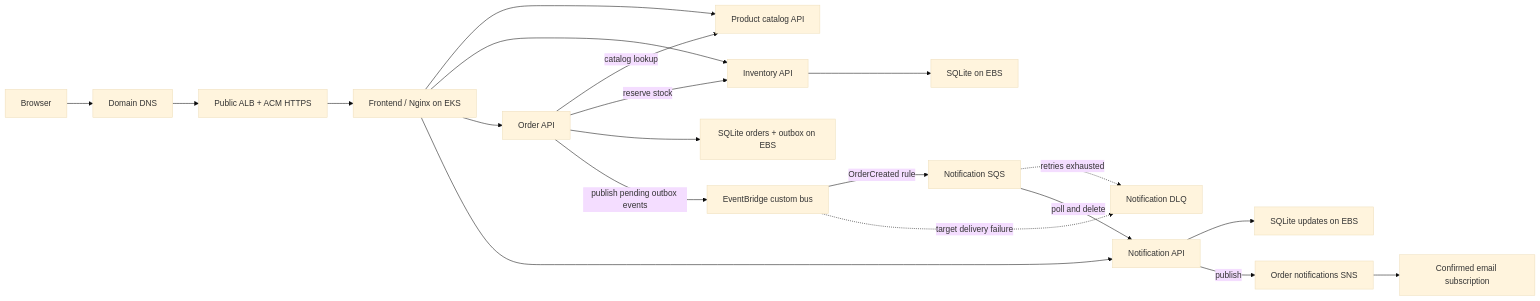
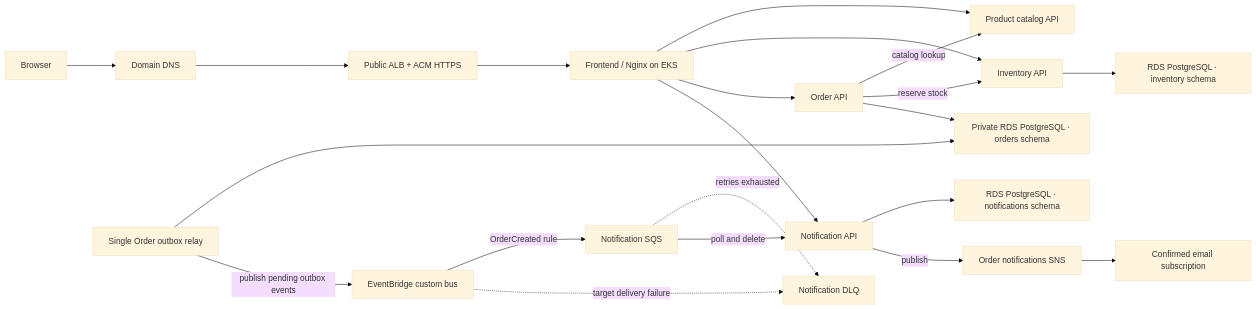
One commit to oguduf/retail-application changed the first of 2 diagrams in README.md. Above: the diagram before and after it, drawn with Mermaid (base theme). The commit also changed other lines of this file and 21 other files, not shown here.

````diff
--- a/README.md
+++ b/README.md
@@ -83,21 +91,22 @@
 ```mermaid
 flowchart LR
     Browser --> DNS["Domain DNS"] --> ALB["Public ALB + ACM HTTPS"]
     ALB --> Frontend["Frontend / Nginx on EKS"]
     Frontend --> Product["Product catalog API"]
     Frontend --> Inventory["Inventory API"]
     Frontend --> Orders["Order API"]
     Frontend --> Notifications["Notification API"]
     Orders -->|catalog lookup| Product
     Orders -->|reserve stock| Inventory
-    Inventory --> InventoryDB["SQLite on EBS"]
-    Orders --> OrdersDB["SQLite orders + outbox on EBS"]
-    Orders -->|publish pending outbox events| EventBus["EventBridge custom bus"]
+    Inventory --> InventoryDB["RDS PostgreSQL · inventory schema"]
+    Orders --> OrdersDB["Private RDS PostgreSQL · orders schema"]
+    Relay["Single Order outbox relay"] --> OrdersDB
+    Relay -->|publish pending outbox events| EventBus["EventBridge custom bus"]
     EventBus -->|OrderCreated rule| NotificationQueue["Notification SQS"]
     EventBus -. target delivery failure .-> NotificationDLQ["Notification DLQ"]
     NotificationQueue -. retries exhausted .-> NotificationDLQ
     NotificationQueue -->|poll and delete| Notifications
-    Notifications --> NotificationDB["SQLite updates on EBS"]
+    Notifications --> NotificationDB["RDS PostgreSQL · notifications schema"]
     Notifications -->|publish| OrderTopic["Order notifications SNS"]
     OrderTopic --> Email["Confirmed email subscription"]
 ```
````
